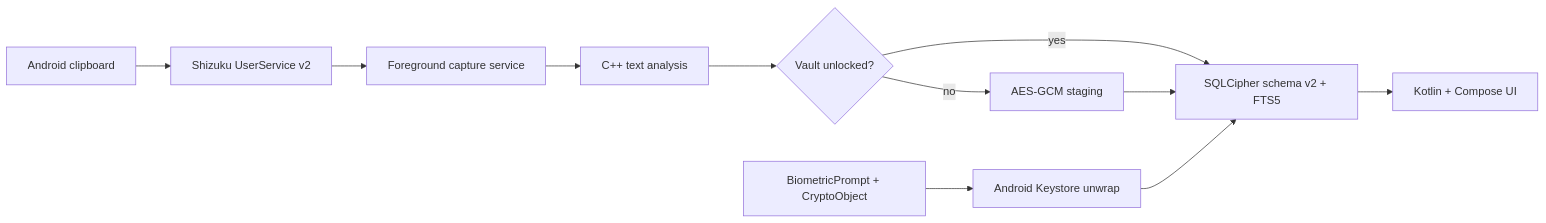
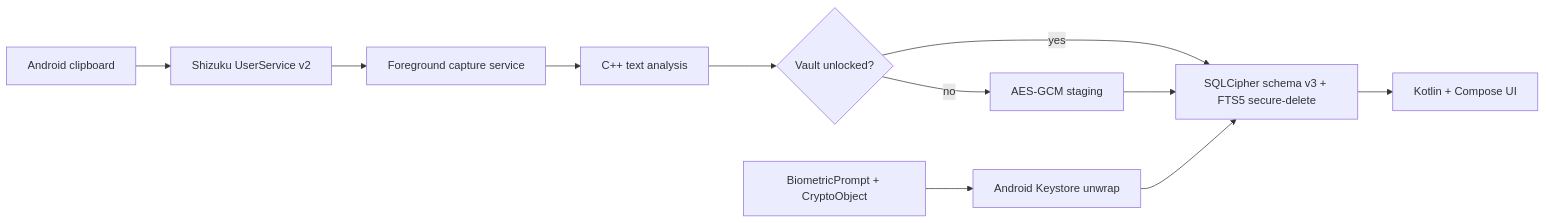
The diagram in README.md (NeonBee/ClipVault), drawn with Mermaid before and after one commit. The commit also changed 6 other files, not shown here.

First line of the commit message:
data: schema v3 로 FTS5 secure-delete 와 v2 인덱스 정리 migration 추가

````diff
--- a/README.md
+++ b/README.md
@@ -25,13 +25,13 @@
 ```mermaid
 flowchart LR
     C[Android clipboard] --> S[Shizuku UserService v2]
     S --> F[Foreground capture service]
     F --> A[C++ text analysis]
     A --> L{Vault unlocked?}
-    L -->|yes| D[SQLCipher schema v2 + FTS5]
+    L -->|yes| D[SQLCipher schema v3 + FTS5 secure-delete]
     L -->|no| P[AES-GCM staging]
     B[BiometricPrompt + CryptoObject] --> K[Android Keystore unwrap]
     K --> D
     P --> D
     D --> U[Kotlin + Compose UI]
 ```
````
